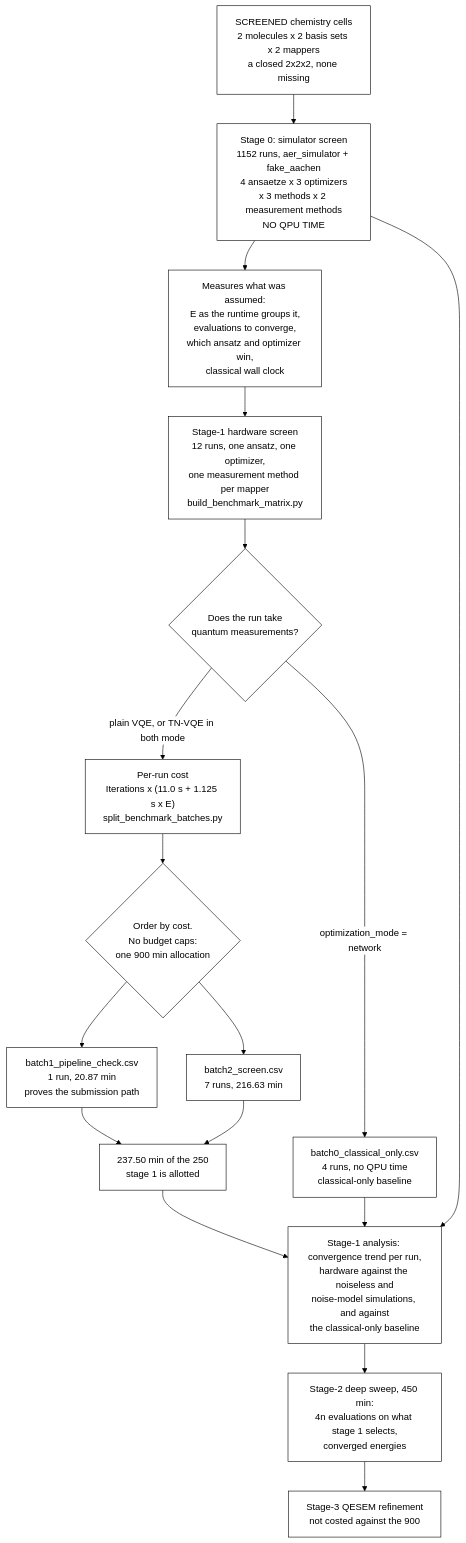
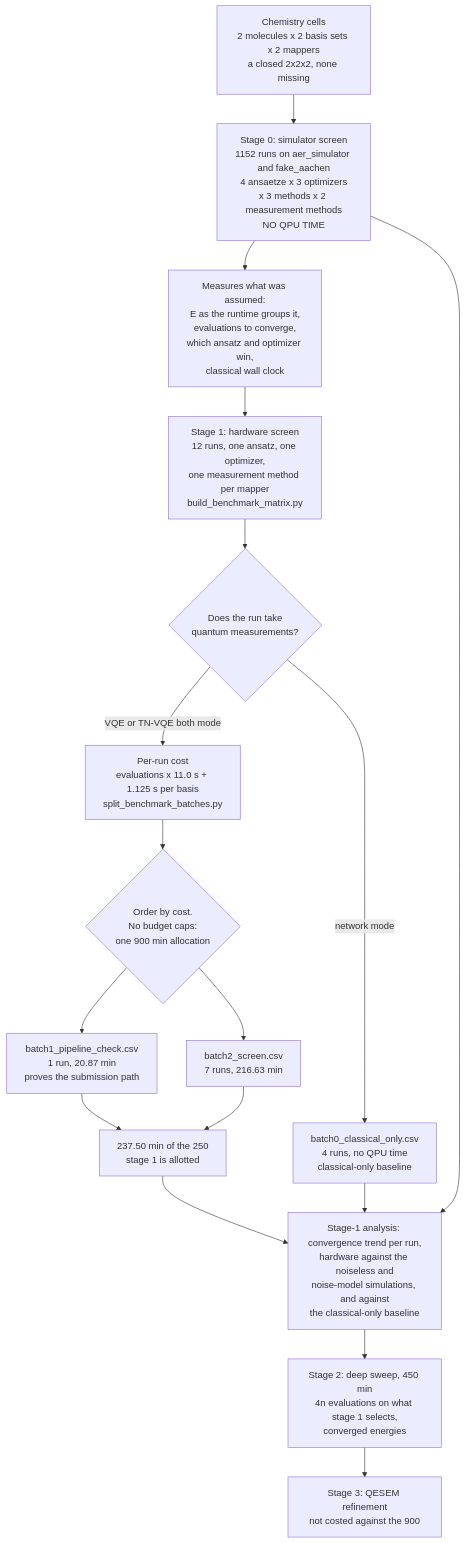
The diagram in data/benchmarks/ibm_tn-vqe_qesem/README.md (MQSdk/qpubench), drawn with Mermaid before and after one commit. The commit also changed other lines of this file, not shown here.

````diff
--- a/data/benchmarks/ibm_tn-vqe_qesem/README.md
+++ b/data/benchmarks/ibm_tn-vqe_qesem/README.md
@@ -628,27 +613,23 @@
 ```mermaid
-%%{init: {"theme": "base", "themeVariables": {"background": "#ffffff", "primaryColor": "#ffffff", "primaryBorderColor": "#000000", "primaryTextColor": "#000000", "lineColor": "#000000", "secondaryColor": "#ffffff", "tertiaryColor": "#ffffff", "clusterBkg": "#ffffff", "clusterBorder": "#000000", "edgeLabelBackground": "#ffffff", "fontFamily": "monospace"}}}%%
 flowchart TD
-    A["SCREENED chemistry cells<br/>2 molecules x 2 basis sets x 2 mappers<br/>a closed 2x2x2, none missing"]
-    A --> S["Stage 0: simulator screen<br/>1152 runs, aer_simulator + fake_aachen<br/>4 ansaetze x 3 optimizers<br/>x 3 methods x 2 measurement methods<br/>NO QPU TIME"]
+    A["Chemistry cells<br/>2 molecules x 2 basis sets x 2 mappers<br/>a closed 2x2x2, none missing"]
+    A --> S["Stage 0: simulator screen<br/>1152 runs on aer_simulator and fake_aachen<br/>4 ansaetze x 3 optimizers<br/>x 3 methods x 2 measurement methods<br/>NO QPU TIME"]
     S --> M["Measures what was assumed:<br/>E as the runtime groups it,<br/>evaluations to converge,<br/>which ansatz and optimizer win,<br/>classical wall clock"]
-    M --> B["Stage-1 hardware screen<br/>12 runs, one ansatz, one optimizer,<br/>one measurement method per mapper<br/>build_benchmark_matrix.py"]
+    M --> B["Stage 1: hardware screen<br/>12 runs, one ansatz, one optimizer,<br/>one measurement method per mapper<br/>build_benchmark_matrix.py"]
 
     B --> Z{"Does the run take<br/>quantum measurements?"}
-    Z -->|"optimization_mode = network"| Y["batch0_classical_only.csv<br/>4 runs, no QPU time<br/>classical-only baseline"]
-    Z -->|"plain VQE, or TN-VQE in both mode"| C["Per-run cost<br/>Iterations x (11.0 s + 1.125 s x E)<br/>split_benchmark_batches.py"]
+    Z -- "network mode" --> Y["batch0_classical_only.csv<br/>4 runs, no QPU time<br/>classical-only baseline"]
+    Z -- "VQE or TN-VQE both mode" --> C["Per-run cost<br/>evaluations x 11.0 s + 1.125 s per basis<br/>split_benchmark_batches.py"]
 
     C --> H{"Order by cost.<br/>No budget caps:<br/>one 900 min allocation"}
     H --> I["batch1_pipeline_check.csv<br/>1 run, 20.87 min<br/>proves the submission path"]
     H --> J["batch2_screen.csv<br/>7 runs, 216.63 min"]
     I --> R["237.50 min of the 250<br/>stage 1 is allotted"]
     J --> R
 
     R --> N["Stage-1 analysis: convergence trend per run,<br/>hardware against the noiseless and<br/>noise-model simulations, and against<br/>the classical-only baseline"]
     Y --> N
     S --> N
-    N --> O["Stage-2 deep sweep, 450 min:<br/>4n evaluations on what stage 1 selects,<br/>converged energies"]
-    O --> P["Stage-3 QESEM refinement<br/>not costed against the 900"]
-
-    classDef bw fill:#ffffff,stroke:#000000,stroke-width:1px,color:#000000
-    class A,B,C,H,I,J,M,N,O,P,R,S,Y,Z bw
+    N --> O["Stage 2: deep sweep, 450 min<br/>4n evaluations on what stage 1 selects,<br/>converged energies"]
+    O --> P["Stage 3: QESEM refinement<br/>not costed against the 900"]
 ```
````
